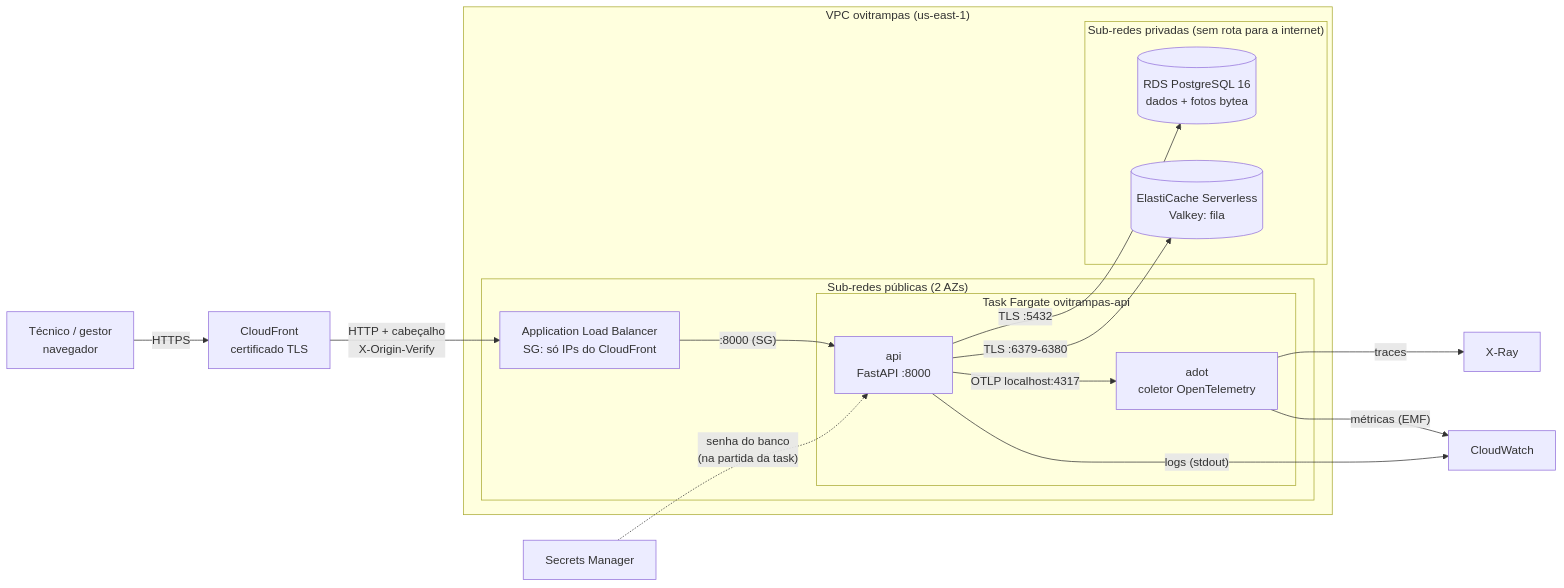
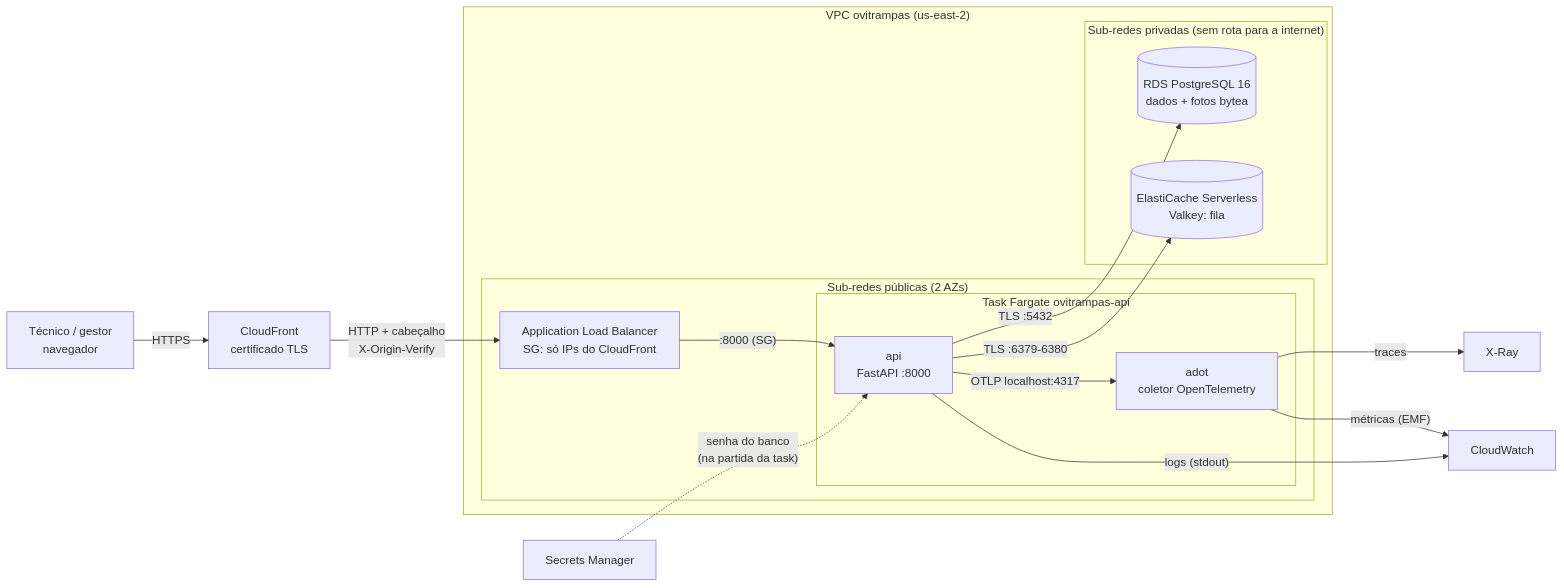
One commit to joca-000/projeto6-ovitrampas-equipe1 changed the first of 2 diagrams in docs/deploy/arquitetura-aws.md. Above: the diagram before and after it, drawn with Mermaid. The commit also changed 7 other files, not shown here.

````diff
--- a/docs/deploy/arquitetura-aws.md
+++ b/docs/deploy/arquitetura-aws.md
@@ -9,28 +9,28 @@
 ```mermaid
 flowchart LR
     U[Técnico / gestor<br/>navegador] -- HTTPS --> CF[CloudFront<br/>certificado TLS]
     CF -- "HTTP + cabeçalho<br/>X-Origin-Verify" --> ALB
 
-    subgraph VPC["VPC ovitrampas (us-east-1)"]
+    subgraph VPC["VPC ovitrampas (us-east-2)"]
         subgraph PUB["Sub-redes públicas (2 AZs)"]
             ALB[Application Load Balancer<br/>SG: só IPs do CloudFront]
             subgraph TASK["Task Fargate ovitrampas-api"]
                 API[api<br/>FastAPI :8000]
                 ADOT[adot<br/>coletor OpenTelemetry]
             end
         end
         subgraph PRIV["Sub-redes privadas (sem rota para a internet)"]
             RDS[(RDS PostgreSQL 16<br/>dados + fotos bytea)]
             VK[(ElastiCache Serverless<br/>Valkey: fila)]
         end
     end
 
     ALB -- ":8000 (SG)" --> API
     API -- "TLS :5432" --> RDS
     API -- "TLS :6379-6380" --> VK
     API -- "OTLP localhost:4317" --> ADOT
     ADOT -- traces --> XR[X-Ray]
     ADOT -- "métricas (EMF)" --> CW[CloudWatch]
     API -- "logs (stdout)" --> CW
     SM[Secrets Manager] -. "senha do banco<br/>(na partida da task)" .-> API
 ```
````
